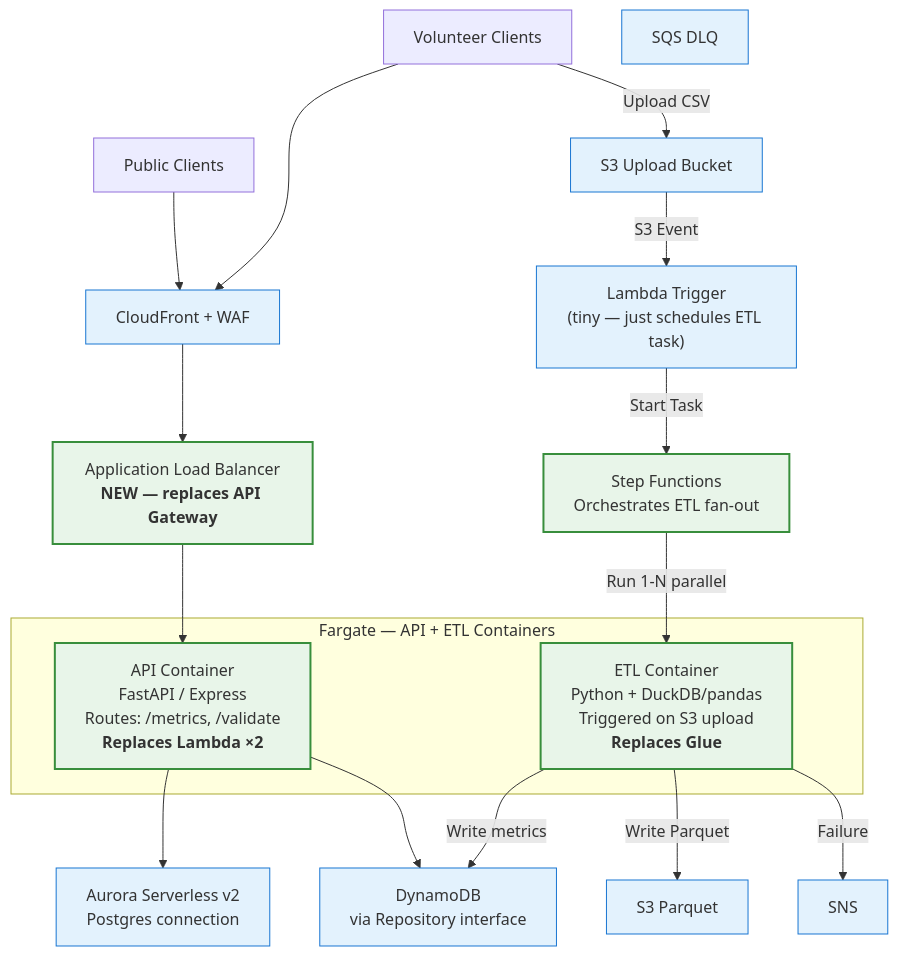
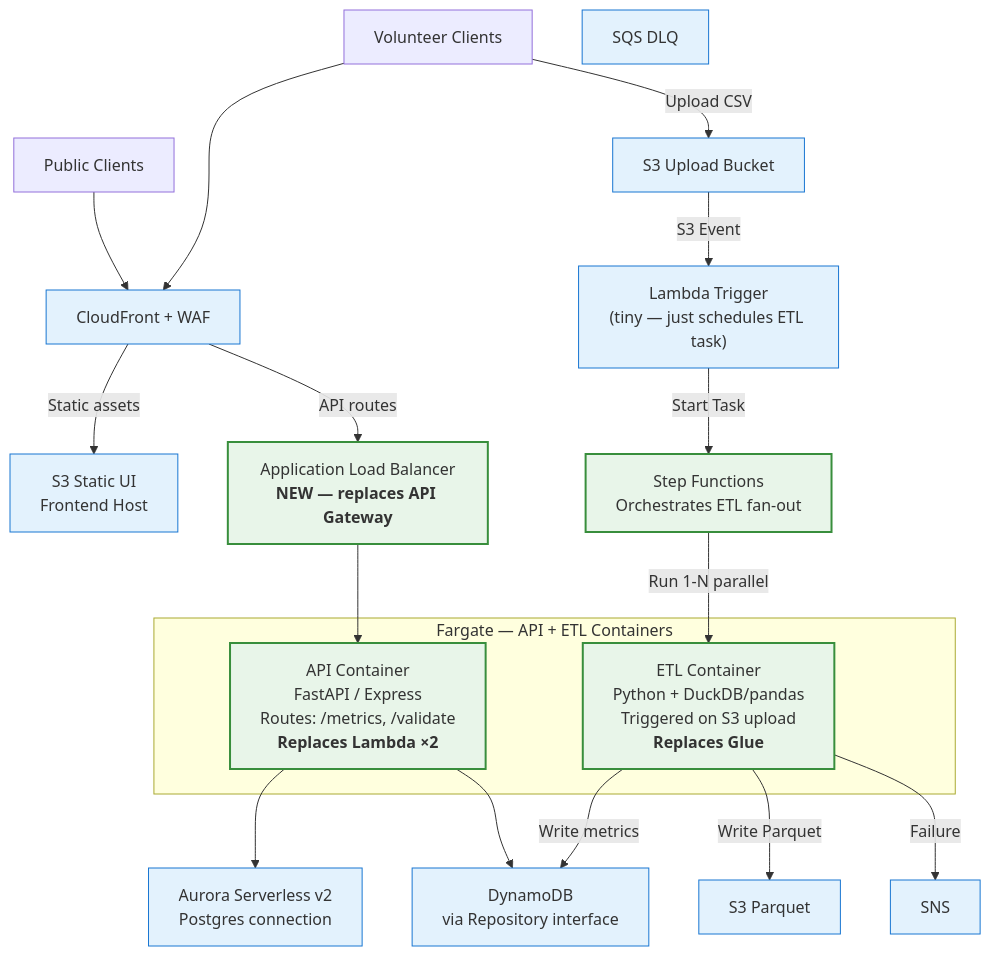
One commit to daryllmagsombol/ppcrv-poc changed the first of 5 diagrams in readme-re-arch.md. Above: the diagram before and after it, drawn with Mermaid. The commit also changed other lines of this file and 2 other files, not shown here.

Commit message:
added the static UI arch

````diff
--- a/readme-re-arch.md
+++ b/readme-re-arch.md
@@ -47,41 +47,42 @@
 ```mermaid
 graph TB
     classDef new fill:#e8f5e9,stroke:#388e3c,stroke-width:2px
-    classDef removed fill:#ffebee,stroke:#c62828,stroke-width:1px,stroke-dasharray: 5 5
     classDef unchanged fill:#e3f2fd,stroke:#1976d2,stroke-width:1px
 
     Public[Public Clients]
     Volunteer[Volunteer Clients]
 
     CF[CloudFront + WAF]:::unchanged
+    S3UI[S3 Static UI<br/>Frontend Host]:::unchanged
     ALB["Application Load Balancer<br/><b>NEW — replaces API Gateway</b>"]:::new
 
     subgraph Fargate["Fargate — API + ETL Containers"]
         API["API Container<br/>FastAPI / Express<br/>Routes: /metrics, /validate<br/><b>Replaces Lambda ×2</b>"]:::new
         ETL["ETL Container<br/>Python + DuckDB/pandas<br/>Triggered on S3 upload<br/><b>Replaces Glue</b>"]:::new
     end
 
     S3Upload[S3 Upload Bucket]:::unchanged
     S3Trigger["Lambda Trigger<br/>(tiny — just schedules ETL task)"]:::unchanged
     SF["Step Functions<br/>Orchestrates ETL fan-out"]:::new
     S3Parquet[S3 Parquet]:::unchanged
     Aurora[Aurora Serverless v2<br/>Postgres connection]:::unchanged
     DDB[DynamoDB<br/>via Repository interface]:::unchanged
     SNS[SNS]:::unchanged
     SQS[SQS DLQ]:::unchanged
 
     Public --> CF
     Volunteer --> CF
-    CF --> ALB
+    CF -->|Static assets| S3UI
+    CF -->|API routes| ALB
     ALB --> API
     API --> Aurora
     API --> DDB
 
     Volunteer -->|Upload CSV| S3Upload
     S3Upload -->|S3 Event| S3Trigger
     S3Trigger -->|Start Task| SF
     SF -->|Run 1-N parallel| ETL
     ETL -->|Write Parquet| S3Parquet
     ETL -->|Write metrics| DDB
     ETL -->|Failure| SNS
 ```
````
